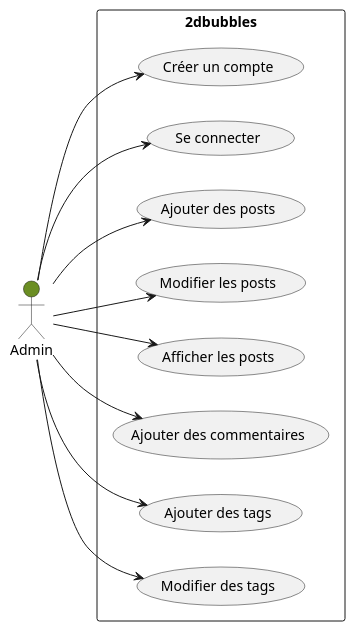
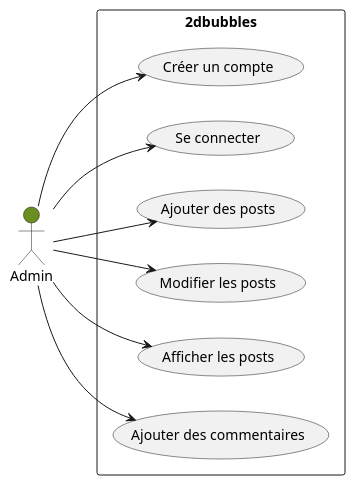
The diagram in diagrammes-uml/UserCase/UserAdmin.puml (laurasullyalexandrine/the2dbubbles), drawn with PlantUML before and after one commit. The commit also changed 32 other files, not shown here.

```diff
--- a/diagrammes-uml/UserCase/UserAdmin.puml
+++ b/diagrammes-uml/UserCase/UserAdmin.puml
@@ -2,27 +2,23 @@
 @startuml Admin
 
 left to right direction
 
 actor "Admin" as Admin #OliveDrab
 
 rectangle 2dbubbles {
   usecase "Créer un compte" as UC1
   usecase "Se connecter" as UC2
   usecase "Ajouter des posts" as UC3
   usecase "Modifier les posts" as UC4
   usecase "Afficher les posts" as UC5
   usecase "Ajouter des commentaires" as UC6
-  usecase "Ajouter des tags" as UC7
-  usecase "Modifier des tags" as UC8
 }
 
 Admin --> UC1
 Admin --> UC2
 Admin --> UC3
 Admin --> UC4
 Admin --> UC5
 Admin --> UC6
-Admin --> UC7
-Admin --> UC8
 
 @enduml
```
